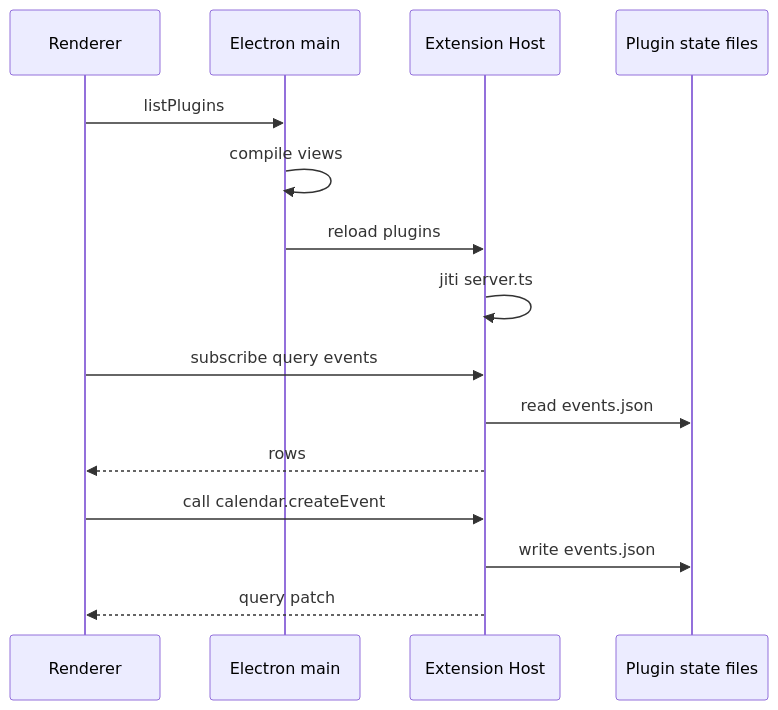
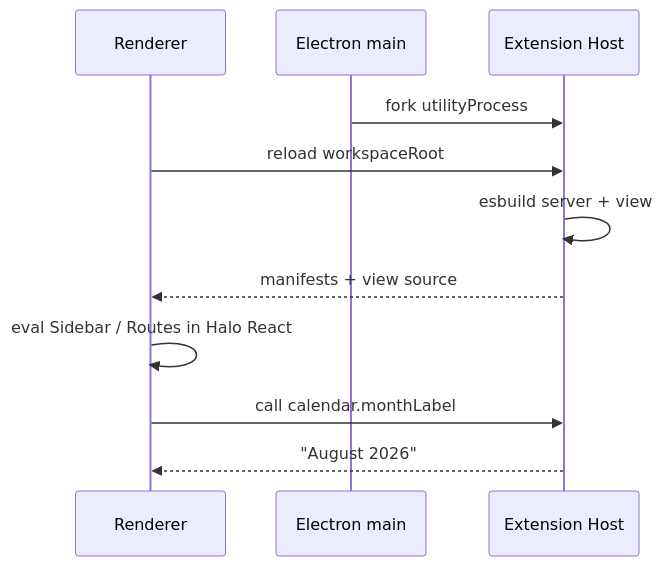
One commit to tanishqkancharla/halo-v2 changed the third of 3 diagrams in specs/plugin-apps.md. Above: the diagram before and after it, drawn with Mermaid. The commit also changed other lines of this file, not shown here.

First line of the commit message:
Narrow plugin-apps spec to host-owned view and server

````diff
--- a/specs/plugin-apps.md
+++ b/specs/plugin-apps.md
@@ -32,18 +31,14 @@
 ```mermaid
 sequenceDiagram
   participant UI as Renderer
   participant Main as Electron main
   participant Host as Extension Host
-  participant Disk as Plugin state files
 
-  UI->>Main: listPlugins
-  Main->>Main: compile views
-  Main->>Host: reload plugins
-  Host->>Host: jiti server.ts
-  UI->>Host: subscribe query events
-  Host->>Disk: read events.json
-  Host-->>UI: rows
-  UI->>Host: call calendar.createEvent
-  Host->>Disk: write events.json
-  Host-->>UI: query patch
+  Main->>Host: fork utilityProcess
+  UI->>Host: reload workspaceRoot
+  Host->>Host: esbuild server + view
+  Host-->>UI: manifests + view source
+  UI->>UI: eval Sidebar / Routes in Halo React
+  UI->>Host: call calendar.monthLabel
+  Host-->>UI: "August 2026"
 ```
````
